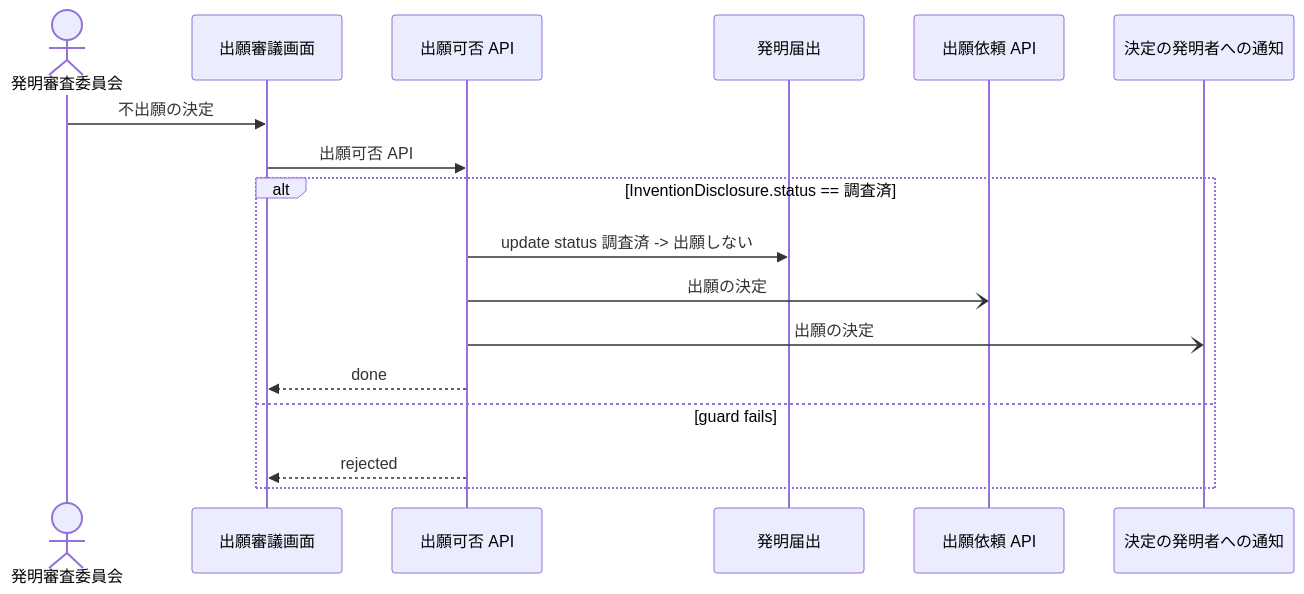
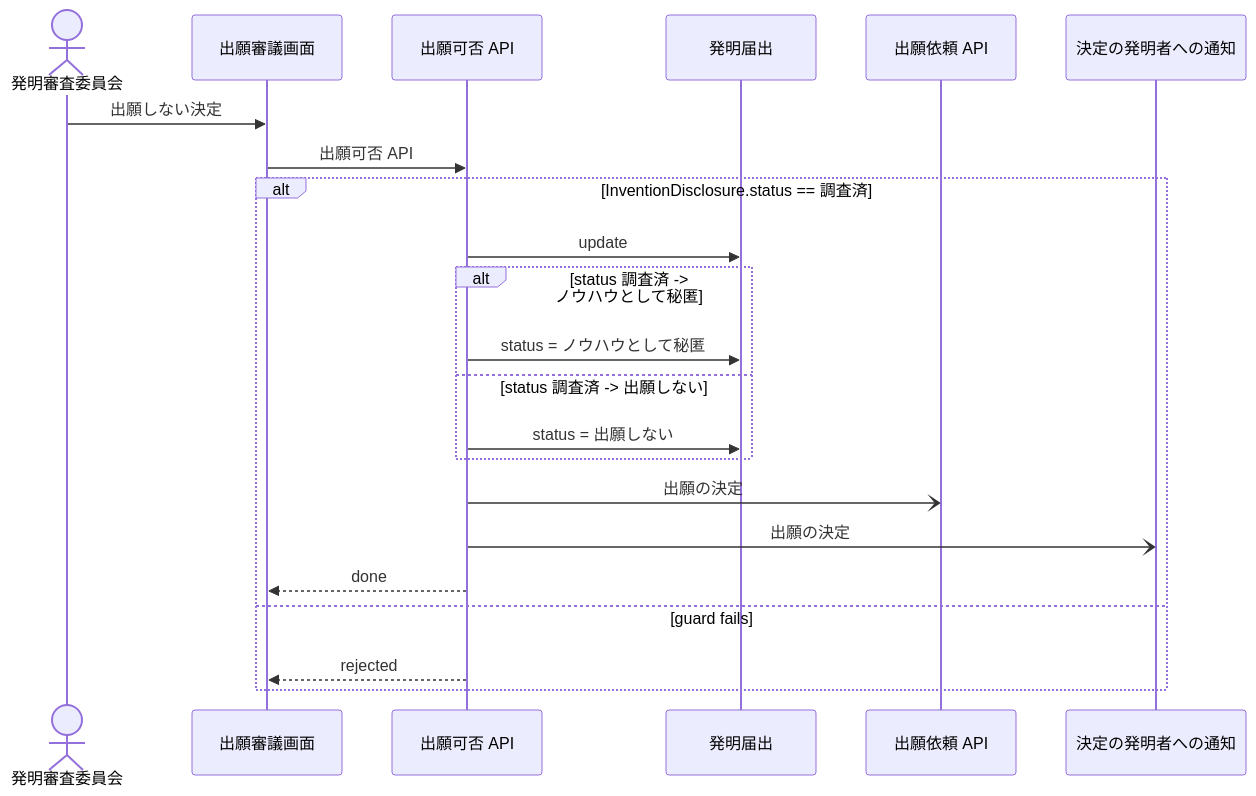
The diagram in samples/patent-ops/out/uc/sequence_DecideNotToFile.mmd (manji-0/rdra-ish-dsl), drawn with Mermaid before and after one commit. The commit also changed 17 other files, not shown here.

```diff
--- a/samples/patent-ops/out/uc/sequence_DecideNotToFile.mmd
+++ b/samples/patent-ops/out/uc/sequence_DecideNotToFile.mmd
@@ -1,20 +1,25 @@
 %% rdra-ish diagram=sequence scope=usecase:DecideNotToFile model=samples/patent-ops
 %% kinds: actor screen api entity usecase
 %% omitted: buc step medium permission event
 sequenceDiagram
   actor actor__ReviewCommittee as 発明審査委員会
   participant screen__FilingDecisionScreen as 出願審議画面
   participant api__FilingDecisionApi as 出願可否 API
   participant entity__InventionDisclosure as 発明届出
   participant api__DraftingOrderApi as 出願依頼 API
   participant usecase__NotifyInventorOfDecision as 決定の発明者への通知
-  actor__ReviewCommittee ->> screen__FilingDecisionScreen: 不出願の決定
+  actor__ReviewCommittee ->> screen__FilingDecisionScreen: 出願しない決定
   screen__FilingDecisionScreen ->> api__FilingDecisionApi: 出願可否 API
   alt InventionDisclosure.status == 調査済
-    api__FilingDecisionApi ->> entity__InventionDisclosure: update status 調査済 -> 出願しない
+    api__FilingDecisionApi ->> entity__InventionDisclosure: update
+    alt status 調査済 -> ノウハウとして秘匿
+      api__FilingDecisionApi ->> entity__InventionDisclosure: status = ノウハウとして秘匿
+    else status 調査済 -> 出願しない
+      api__FilingDecisionApi ->> entity__InventionDisclosure: status = 出願しない
+    end
     api__FilingDecisionApi -) api__DraftingOrderApi: 出願の決定
     api__FilingDecisionApi -) usecase__NotifyInventorOfDecision: 出願の決定
     api__FilingDecisionApi -->> screen__FilingDecisionScreen: done
   else guard fails
     api__FilingDecisionApi -->> screen__FilingDecisionScreen: rejected
   end
```
